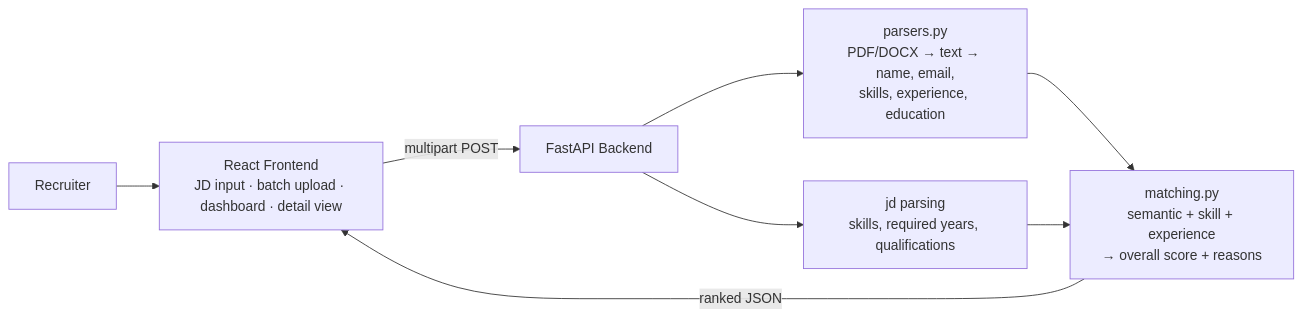
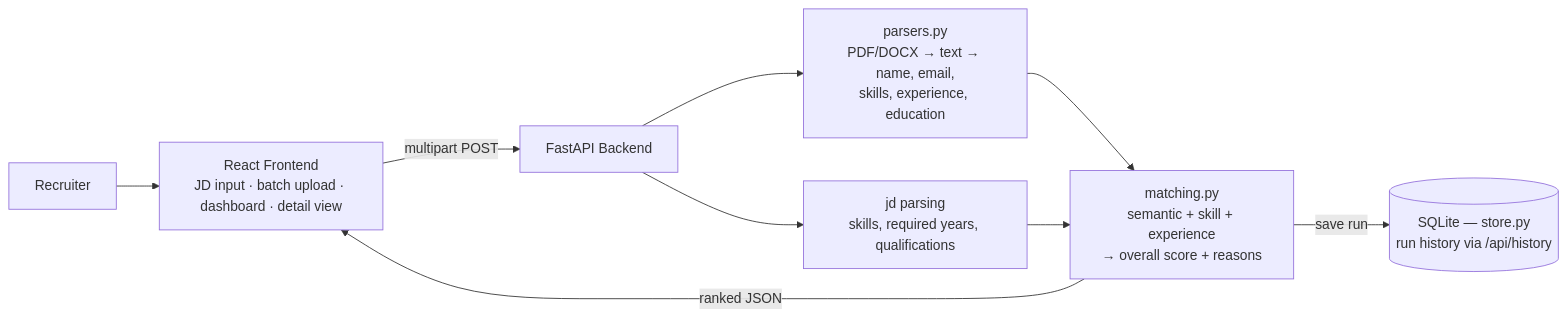
The diagram in README.md (ayushchain/ai-resume-matching-system), drawn with Mermaid before and after one commit. The commit also changed other lines of this file, not shown here.

Commit message:
Fix worked example and architecture diagram in README

````diff
--- a/README.md
+++ b/README.md
@@ -53,10 +53,11 @@
 ```mermaid
 flowchart LR
     U[Recruiter] --> FE[React Frontend<br/>JD input · batch upload · dashboard · detail view]
     FE -->|multipart POST| API[FastAPI Backend]
     API --> P[parsers.py<br/>PDF/DOCX → text → name, email,<br/>skills, experience, education]
     API --> JD[jd parsing<br/>skills, required years, qualifications]
     P --> M[matching.py<br/>semantic + skill + experience<br/>→ overall score + reasons]
     JD --> M
     M -->|ranked JSON| FE
+    M -->|save run| DB[(SQLite — store.py<br/>run history via /api/history)]
 ```
````
